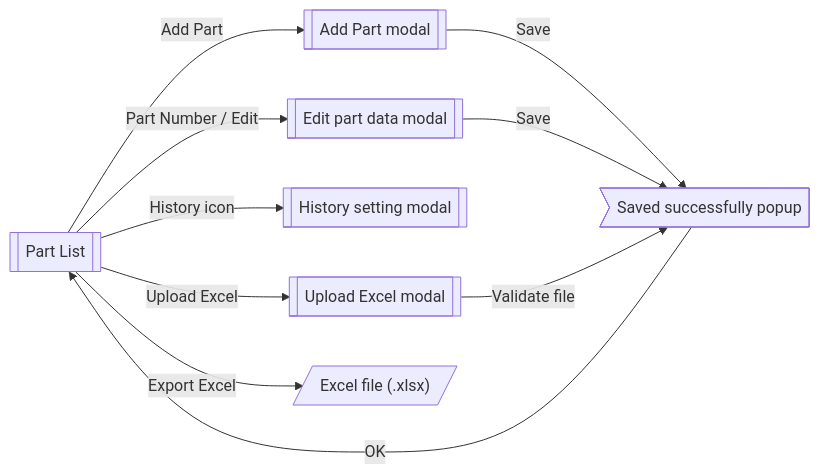
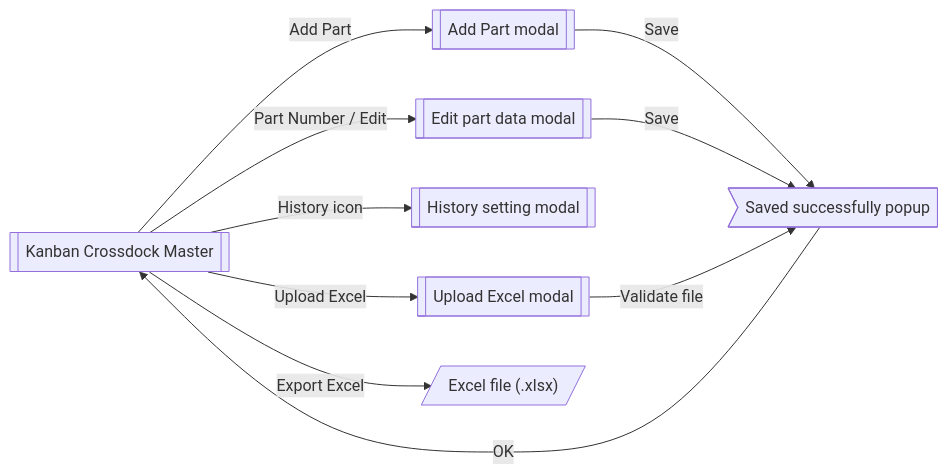
Before and after one commit to ivanrayhannn/crossdockpoc: the second of 5 diagrams in prepare_code/uiss/XD01_Screen_CrossDockPartMaster.md, drawn with Mermaid. The commit also changed other lines of this file and 92 other files, not shown here.

First line of the commit message:
Crossdock Master names (Kanban / Export Crossdock Master), period on the Kanban Crossdock Master, Order Type per destination row

````diff
--- a/prepare_code/uiss/XD01_Screen_CrossDockPartMaster.md
+++ b/prepare_code/uiss/XD01_Screen_CrossDockPartMaster.md
@@ -152,19 +153,19 @@
 ```mermaid
 flowchart LR
-  list[["Part List"]]
+  list[["Kanban Crossdock Master"]]
   add[["Add Part modal"]]
   edit[["Edit part data modal"]]
   hist[["History setting modal"]]
   up[["Upload Excel modal"]]
   ok>"Saved successfully popup"]
   xls[/"Excel file (.xlsx)"/]
   list -->|Add Part| add
   list -->|Part Number / Edit| edit
   list -->|History icon| hist
   list -->|Upload Excel| up
   list -->|Export Excel| xls
   add -->|Save| ok
   edit -->|Save| ok
   up -->|Validate file| ok
   ok -->|OK| list
 ```
````
